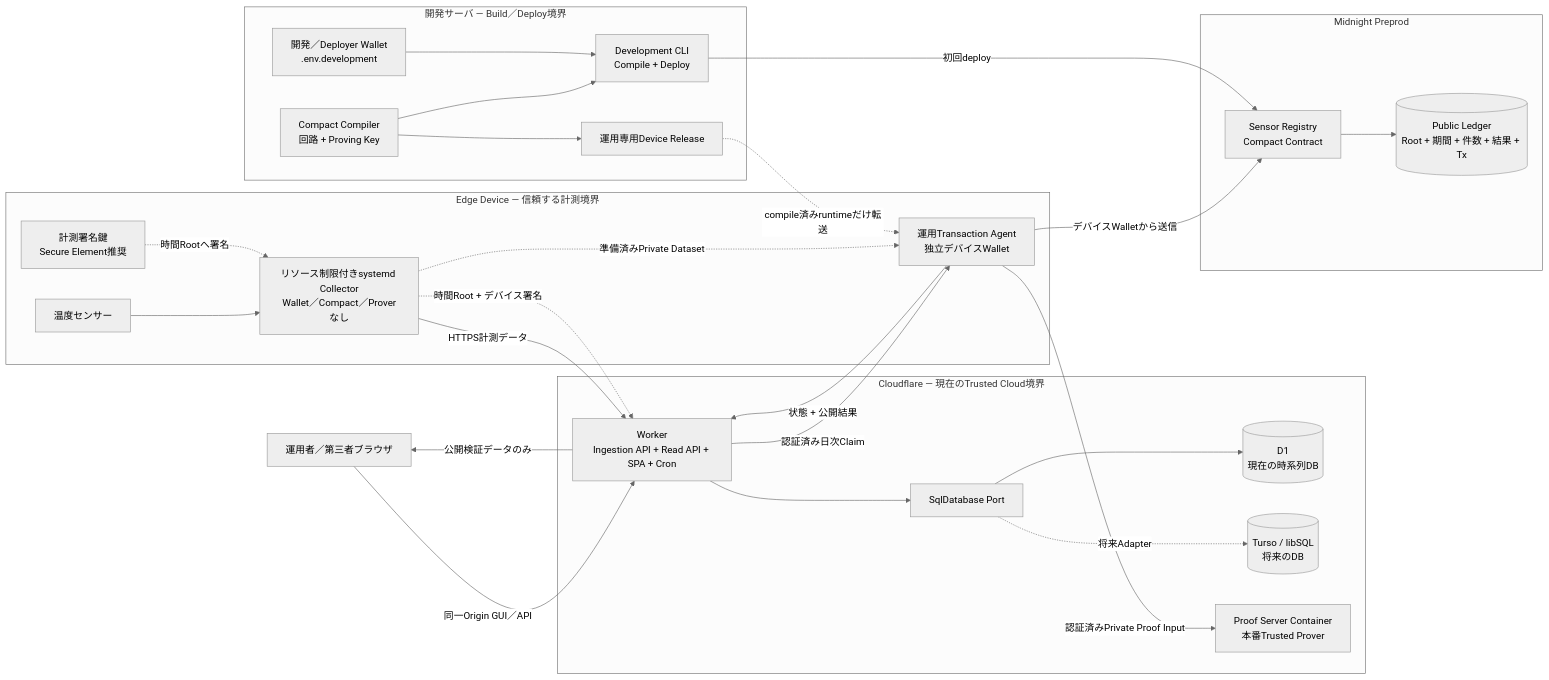
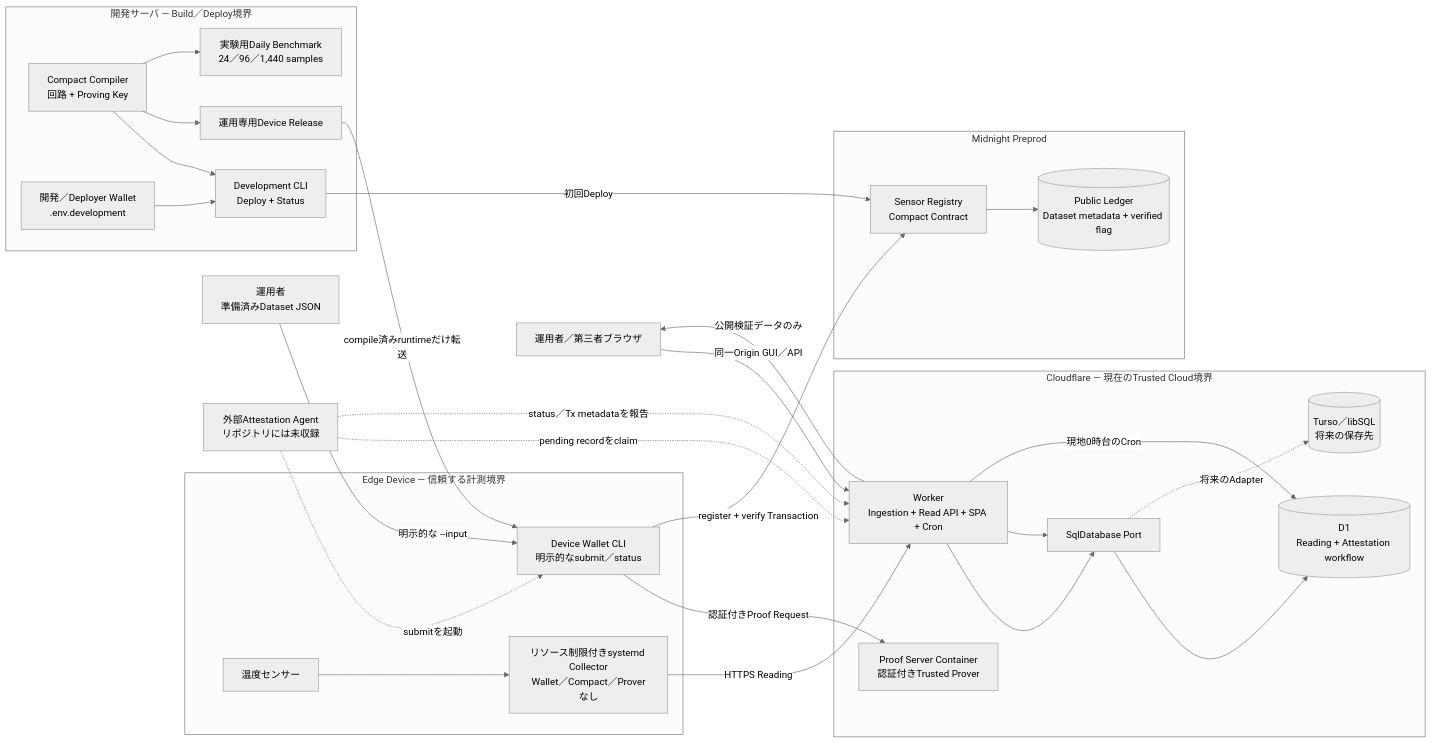
Before and after one commit to commun-platform/midnight_buildathons_bacchili: the first of 2 diagrams in docs/ja/system_architecture.md, drawn with Mermaid (neutral theme). The commit also changed other lines of this file and 1 other file, not shown here.

Commit message:
docs(architecture): reflect implemented proof flow

````diff
--- a/docs/ja/system_architecture.md
+++ b/docs/ja/system_architecture.md
@@ -9,55 +9,59 @@
 ```mermaid
 flowchart LR
     Browser["運用者／第三者ブラウザ"]
+    OperatorInput["運用者<br/>準備済みDataset JSON"]
+    ExternalAgent["外部Attestation Agent<br/>リポジトリには未収録"]
 
     subgraph Edge["Edge Device — 信頼する計測境界"]
         Sensor["温度センサー"]
         Collector["リソース制限付きsystemd Collector<br/>Wallet／Compact／Proverなし"]
-        DeviceAgent["運用Transaction Agent<br/>独立デバイスWallet"]
-        Signer["計測署名鍵<br/>Secure Element推奨"]
+        DeviceCLI["Device Wallet CLI<br/>明示的なsubmit／status"]
 
         Sensor --> Collector
-        Signer -. "時間Rootへ署名" .-> Collector
-        Collector -. "準備済みPrivate Dataset" .-> DeviceAgent
     end
 
-    subgraph Operator["開発サーバ — Build／Deploy境界"]
+    subgraph Development["開発サーバ — Build／Deploy境界"]
         Compiler["Compact Compiler<br/>回路 + Proving Key"]
         Release["運用専用Device Release"]
-        Agent["Development CLI<br/>Compile + Deploy"]
+        Deployer["Development CLI<br/>Deploy + Status"]
+        Benchmark["実験用Daily Benchmark<br/>24／96／1,440 samples"]
         Wallet["開発／Deployer Wallet<br/>.env.development"]
 
-        Compiler --> Agent
+        Compiler --> Deployer
         Compiler --> Release
-        Wallet --> Agent
+        Compiler --> Benchmark
+        Wallet --> Deployer
     end
 
     subgraph Cloudflare["Cloudflare — 現在のTrusted Cloud境界"]
-        Worker["Worker<br/>Ingestion API + Read API + SPA + Cron"]
+        Worker["Worker<br/>Ingestion + Read API + SPA + Cron"]
         StoragePort["SqlDatabase Port"]
-        D1[("D1<br/>現在の時系列DB")]
-        Turso[("Turso / libSQL<br/>将来のDB")]
-        Container["Proof Server Container<br/>本番Trusted Prover"]
+        D1[("D1<br/>Reading + Attestation workflow")]
+        Turso[("Turso／libSQL<br/>将来の保存先")]
+        Container["Proof Server Container<br/>認証付きTrusted Prover"]
 
         Worker --> StoragePort
         StoragePort --> D1
-        StoragePort -. "将来Adapter" .-> Turso
+        StoragePort -. "将来のAdapter" .-> Turso
     end
 
     subgraph Midnight["Midnight Preprod"]
         Contract["Sensor Registry<br/>Compact Contract"]
-        PublicLedger[("Public Ledger<br/>Root + 期間 + 件数 + 結果 + Tx")]
+        PublicLedger[("Public Ledger<br/>Dataset metadata + verified flag")]
         Contract --> PublicLedger
     end
 
-    Collector -->|"HTTPS計測データ"| Worker
-    Collector -. "時間Root + デバイス署名" .-> Worker
+    Collector -->|"HTTPS Reading"| Worker
     Browser -->|"同一Origin GUI／API"| Worker
-    Worker -->|"認証済み日次Claim"| DeviceAgent
-    DeviceAgent -->|"状態 + 公開結果"| Worker
-    DeviceAgent -->|"認証済みPrivate Proof Input"| Container
-    DeviceAgent -->|"デバイスWalletから送信"| Contract
-    Agent -->|"初回deploy"| Contract
-    Release -. "compile済みruntimeだけ転送" .-> DeviceAgent
+    Worker --> StoragePort
+    Worker -->|"現地0時台のCron"| D1
+    OperatorInput -->|"明示的な --input"| DeviceCLI
+    DeviceCLI -->|"認証付きProof Request"| Container
+    DeviceCLI -->|"register + verify Transaction"| Contract
+    Deployer -->|"初回Deploy"| Contract
+    Release -->|"compile済みruntimeだけ転送"| DeviceCLI
     Worker -->|"公開検証データのみ"| Browser
+    ExternalAgent -. "pending recordをclaim" .-> Worker
+    ExternalAgent -. "submitを起動" .-> DeviceCLI
+    ExternalAgent -. "status／Tx metadataを報告" .-> Worker
 ```
````
